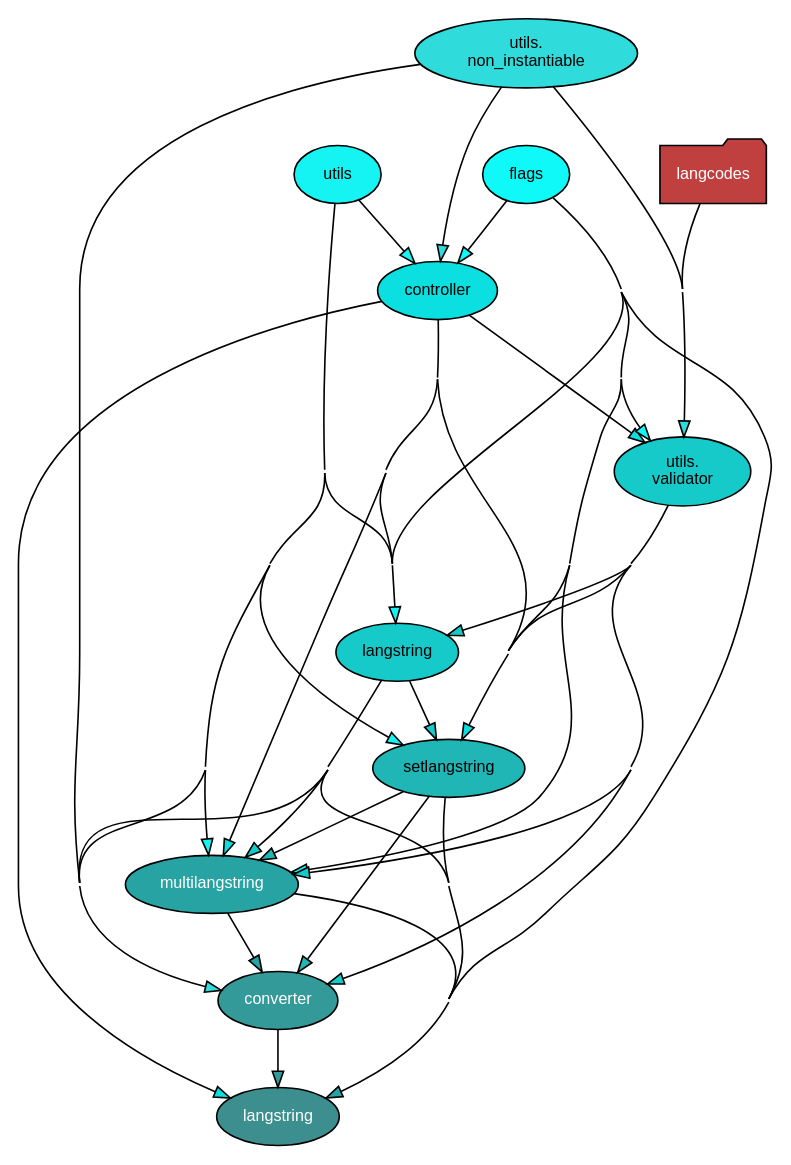
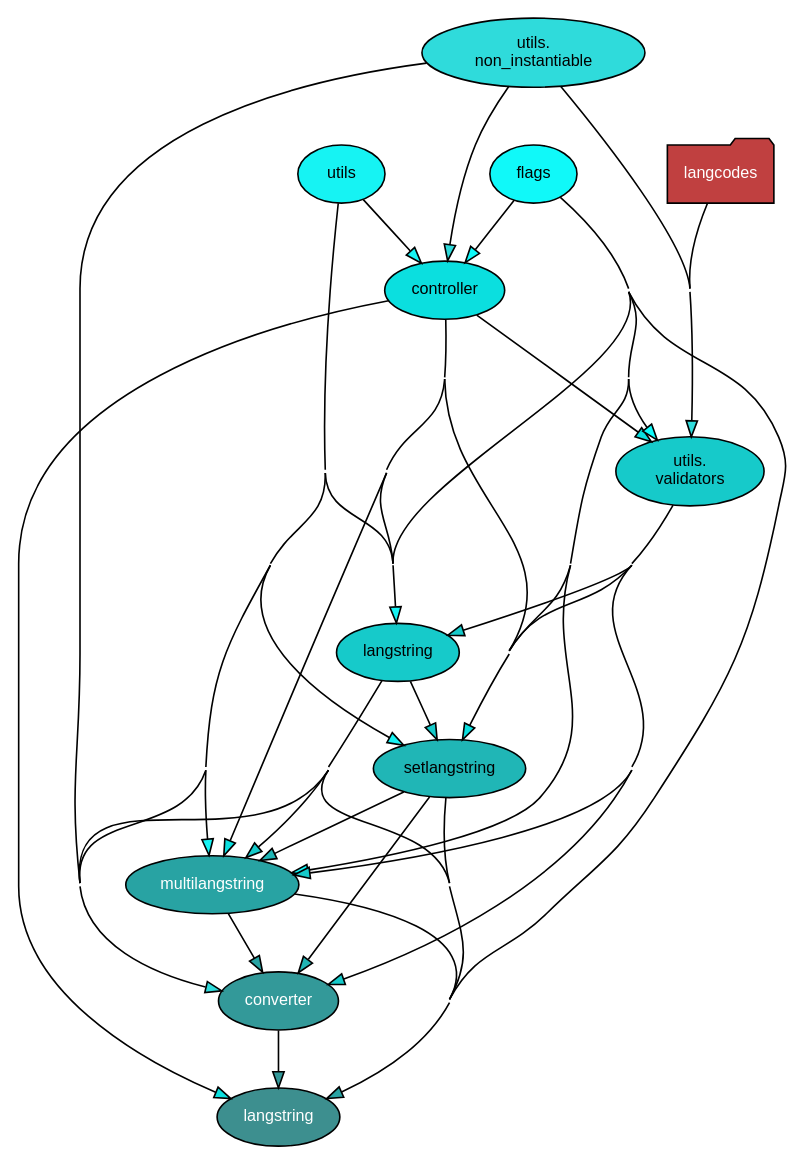
Before and after one commit to pedropaulofb/langstring: the diagram in documentation/import_schema_complete.dot, drawn with Graphviz. The commit also changed 23 other files, not shown here.

Commit message:
All mypy issues solved for validators and langstring.

```diff
--- a/documentation/import_schema_complete.dot
+++ b/documentation/import_schema_complete.dot
@@ -1,53 +1,53 @@
 
 digraph G {
     concentrate = true;
 
     rankdir = TB;
     node [style=filled,fillcolor="#ffffff",fontcolor="#000000",fontname=Helvetica,fontsize=10];
 
     langstring [fillcolor="#3d8f8f",fontcolor="#ffffff"];
     langstring_controller [fillcolor="#0bdfdf",label="controller"];
     langstring_converter [fillcolor="#339999",fontcolor="#ffffff",label="converter"];
     langstring_flags [fillcolor="#10f9f9",label="flags"];
     langstring_langstring [fillcolor="#16caca",label="langstring"];
     langstring_multilangstring [fillcolor="#28a3a3",fontcolor="#ffffff",label="multilangstring"];
     langstring_setlangstring [fillcolor="#20b6b6",label="setlangstring"];
     langstring_utils [fillcolor="#16f3f3",label="utils"];
     langstring_utils_non_instantiable [fillcolor="#2fdbdb",label="utils\.\nnon_instantiable"];
-    langstring_utils_validator [fillcolor="#16caca",label="utils\.\nvalidator"];
+    langstring_utils_validators [fillcolor="#16caca",label="utils\.\nvalidators"];
     langcodes [fillcolor="#c04040",fontcolor="#ffffff",shape="folder"];
-    langcodes -> langstring_utils_validator [fillcolor="#c04040",minlen="3"];
+    langcodes -> langstring_utils_validators [fillcolor="#c04040",minlen="3"];
     langstring_controller -> langstring [fillcolor="#0bdfdf"];
     langstring_controller -> langstring_langstring [fillcolor="#0bdfdf"];
     langstring_controller -> langstring_multilangstring [fillcolor="#0bdfdf"];
     langstring_controller -> langstring_setlangstring [fillcolor="#0bdfdf"];
-    langstring_controller -> langstring_utils_validator [fillcolor="#0bdfdf",minlen="2"];
+    langstring_controller -> langstring_utils_validators [fillcolor="#0bdfdf",minlen="2"];
     langstring_converter -> langstring [fillcolor="#339999"];
     langstring_flags -> langstring [fillcolor="#10f9f9"];
     langstring_flags -> langstring_controller [fillcolor="#10f9f9"];
     langstring_flags -> langstring_langstring [fillcolor="#10f9f9"];
     langstring_flags -> langstring_multilangstring [fillcolor="#10f9f9"];
     langstring_flags -> langstring_setlangstring [fillcolor="#10f9f9"];
-    langstring_flags -> langstring_utils_validator [fillcolor="#10f9f9",minlen="2"];
+    langstring_flags -> langstring_utils_validators [fillcolor="#10f9f9",minlen="2"];
     langstring_langstring -> langstring [fillcolor="#16caca"];
     langstring_langstring -> langstring_converter [fillcolor="#16caca"];
     langstring_langstring -> langstring_multilangstring [fillcolor="#16caca"];
     langstring_langstring -> langstring_setlangstring [fillcolor="#16caca"];
     langstring_multilangstring -> langstring [fillcolor="#28a3a3"];
     langstring_multilangstring -> langstring_converter [fillcolor="#28a3a3"];
     langstring_setlangstring -> langstring [fillcolor="#20b6b6"];
     langstring_setlangstring -> langstring_converter [fillcolor="#20b6b6"];
     langstring_setlangstring -> langstring_multilangstring [fillcolor="#20b6b6"];
     langstring_utils -> langstring_controller [fillcolor="#16f3f3"];
     langstring_utils -> langstring_converter [fillcolor="#16f3f3"];
     langstring_utils -> langstring_langstring [fillcolor="#16f3f3"];
     langstring_utils -> langstring_multilangstring [fillcolor="#16f3f3"];
     langstring_utils -> langstring_setlangstring [fillcolor="#16f3f3"];
     langstring_utils_non_instantiable -> langstring_controller [fillcolor="#2fdbdb",minlen="2"];
     langstring_utils_non_instantiable -> langstring_converter [fillcolor="#2fdbdb",minlen="2"];
-    langstring_utils_non_instantiable -> langstring_utils_validator [fillcolor="#2fdbdb",weight="2"];
-    langstring_utils_validator -> langstring_converter [fillcolor="#16caca",minlen="2"];
-    langstring_utils_validator -> langstring_langstring [fillcolor="#16caca",minlen="2"];
-    langstring_utils_validator -> langstring_multilangstring [fillcolor="#16caca",minlen="2"];
-    langstring_utils_validator -> langstring_setlangstring [fillcolor="#16caca",minlen="2"];
+    langstring_utils_non_instantiable -> langstring_utils_validators [fillcolor="#2fdbdb",weight="2"];
+    langstring_utils_validators -> langstring_converter [fillcolor="#16caca",minlen="2"];
+    langstring_utils_validators -> langstring_langstring [fillcolor="#16caca",minlen="2"];
+    langstring_utils_validators -> langstring_multilangstring [fillcolor="#16caca",minlen="2"];
+    langstring_utils_validators -> langstring_setlangstring [fillcolor="#16caca",minlen="2"];
 }
```
